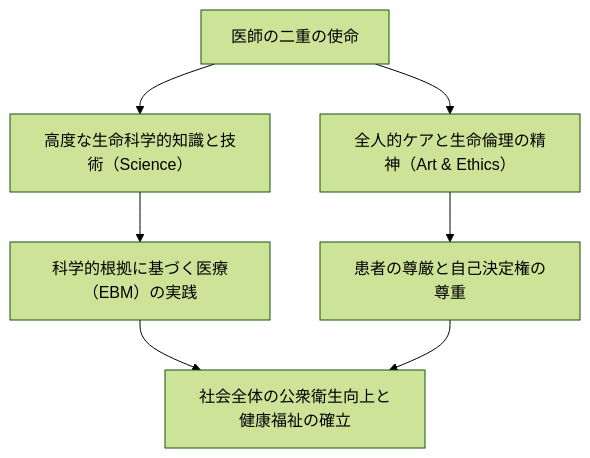
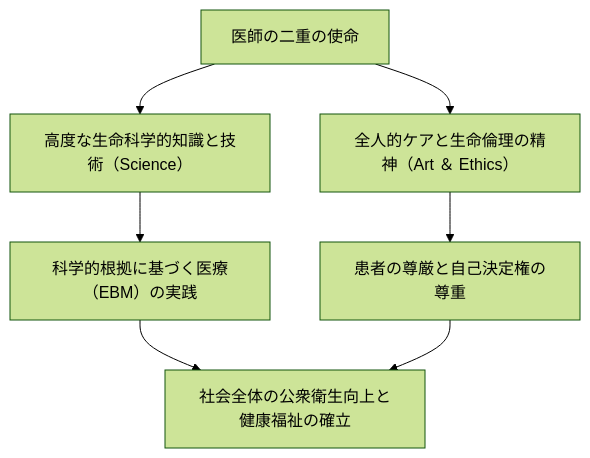
The first of 7 diagrams in content/post/medical-doctor-education-qualifications-specialties/index.md (kenjinote/blog), drawn with Mermaid (forest theme) before and after one commit. The commit also changed other lines of this file and 12 other files, not shown here.

Commit message:
fix(medical-doctor): resolve mermaid syntax error in subgraph and fix unrendered bold asterisks

````diff
--- a/content/post/medical-doctor-education-qualifications-specialties/index.md
+++ b/content/post/medical-doctor-education-qualifications-specialties/index.md
@@ -21,9 +21,9 @@
 ```mermaid
 flowchart TD
     A["医師の二重の使命"] --> B["高度な生命科学的知識と技術（Science）"]
-    A --> C["全人的ケアと生命倫理の精神（Art & Ethics）"]
+    A --> C["全人的ケアと生命倫理の精神（Art ＆ Ethics）"]
     B --> D["科学的根拠に基づく医療（EBM）の実践"]
     C --> E["患者の尊厳と自己決定権の尊重"]
     D --> F["社会全体の公衆衛生向上と健康福祉の確立"]
     E --> F
 ```
````
